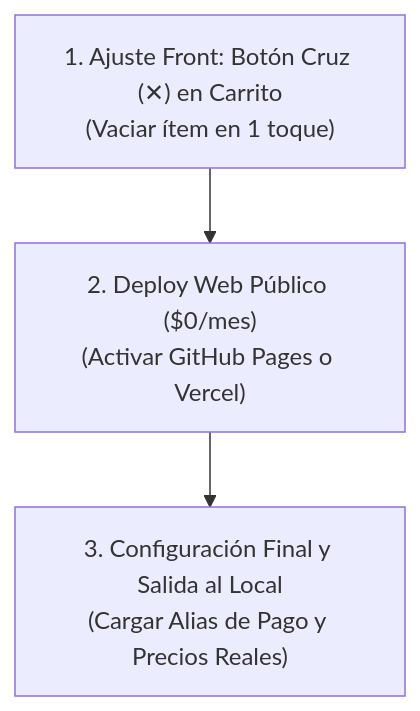
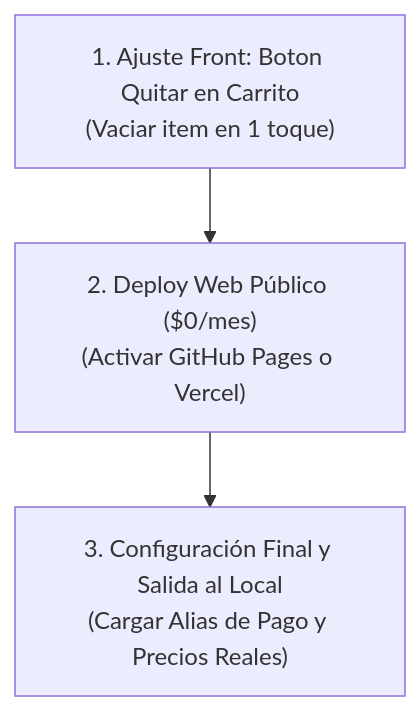
One commit to Facussttee/MiHuerta changed the second of 2 diagrams in docs/05_PLAN_DE_DESARROLLO_MVP.md. Above: the diagram before and after it, drawn with Mermaid. The commit also changed other lines of this file and 1 other file, not shown here.

Commit message:
docs: clean remaining log icons and doc characters

````diff
--- a/docs/05_PLAN_DE_DESARROLLO_MVP.md
+++ b/docs/05_PLAN_DE_DESARROLLO_MVP.md
@@ -63,5 +63,5 @@
 ```mermaid
 flowchart TD
-    T1["1. Ajuste Front: Botón Cruz (✕) en Carrito\n(Vaciar ítem en 1 toque)"] --> T2["2. Deploy Web Público ($0/mes)\n(Activar GitHub Pages o Vercel)"]
+    T1["1. Ajuste Front: Boton Quitar en Carrito\n(Vaciar item en 1 toque)"] --> T2["2. Deploy Web Público ($0/mes)\n(Activar GitHub Pages o Vercel)"]
     T2 --> T3["3. Configuración Final y Salida al Local\n(Cargar Alias de Pago y Precios Reales)"]
 ```
````
